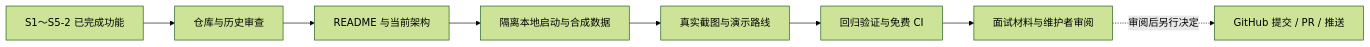
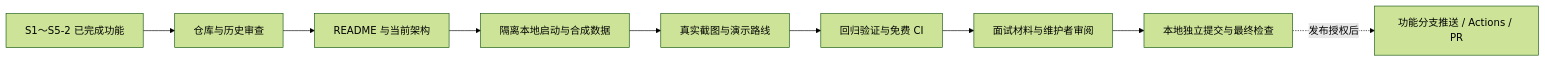
The diagram in docs/roadmap.md (jayoffans/OfferPilot), drawn with Mermaid (forest theme) before and after one commit. The commit also changed other lines of this file and 11 other files, not shown here.

Commit message:
chore: finalize safe branch CI and GitHub release review

````diff
--- a/docs/roadmap.md
+++ b/docs/roadmap.md
@@ -5,10 +5,11 @@
 ```mermaid
 flowchart LR
     A[S1～S5-2 已完成功能] --> B[仓库与历史审查]
     B --> C[README 与当前架构]
     C --> D[隔离本地启动与合成数据]
     D --> E[真实截图与演示路线]
     E --> F[回归验证与免费 CI]
     F --> G[面试材料与维护者审阅]
-    G -.审阅后另行决定.-> H[GitHub 提交 / PR / 推送]
+    G --> H[本地独立提交与最终检查]
+    H -.发布授权后.-> I[功能分支推送 / Actions / PR]
 ```
````
